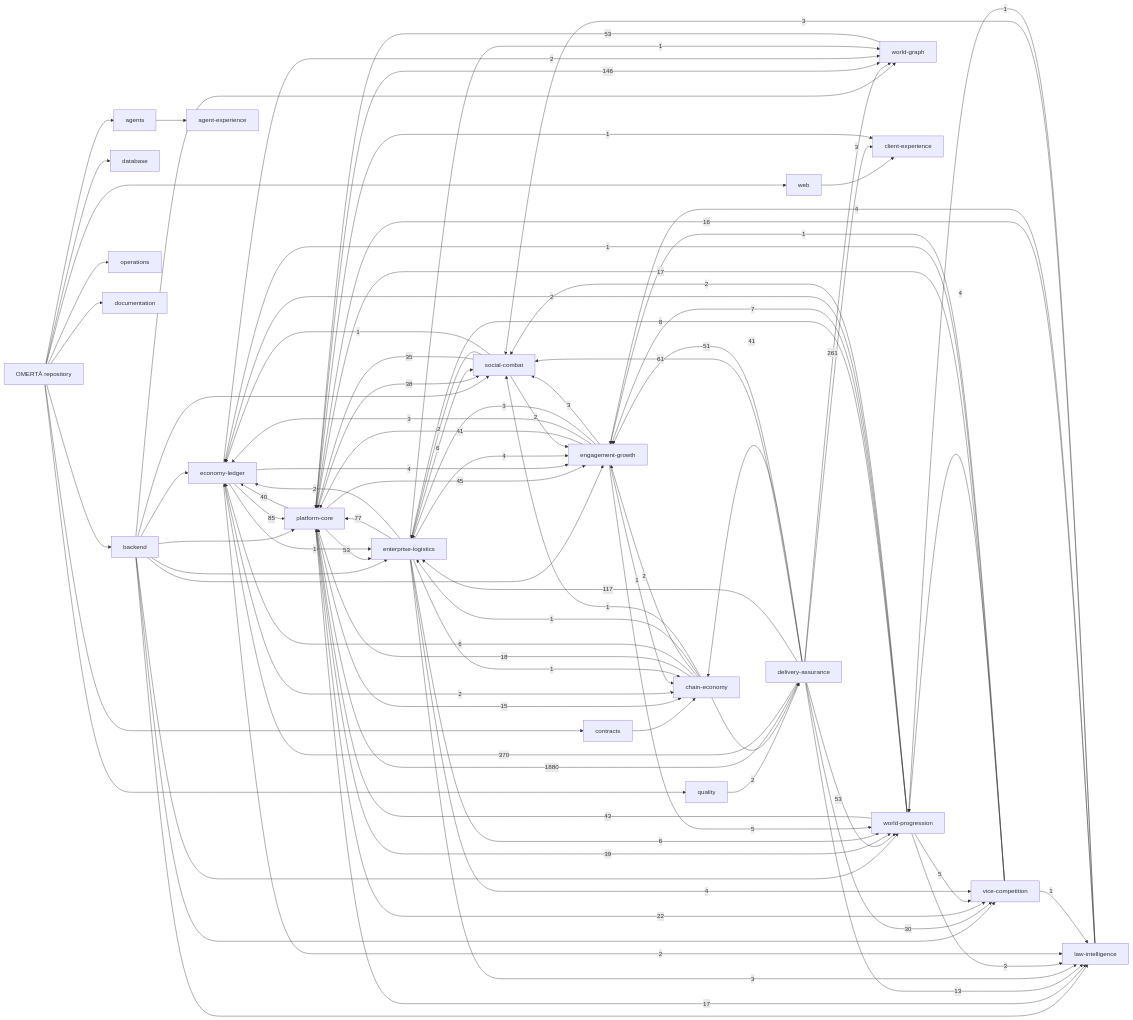
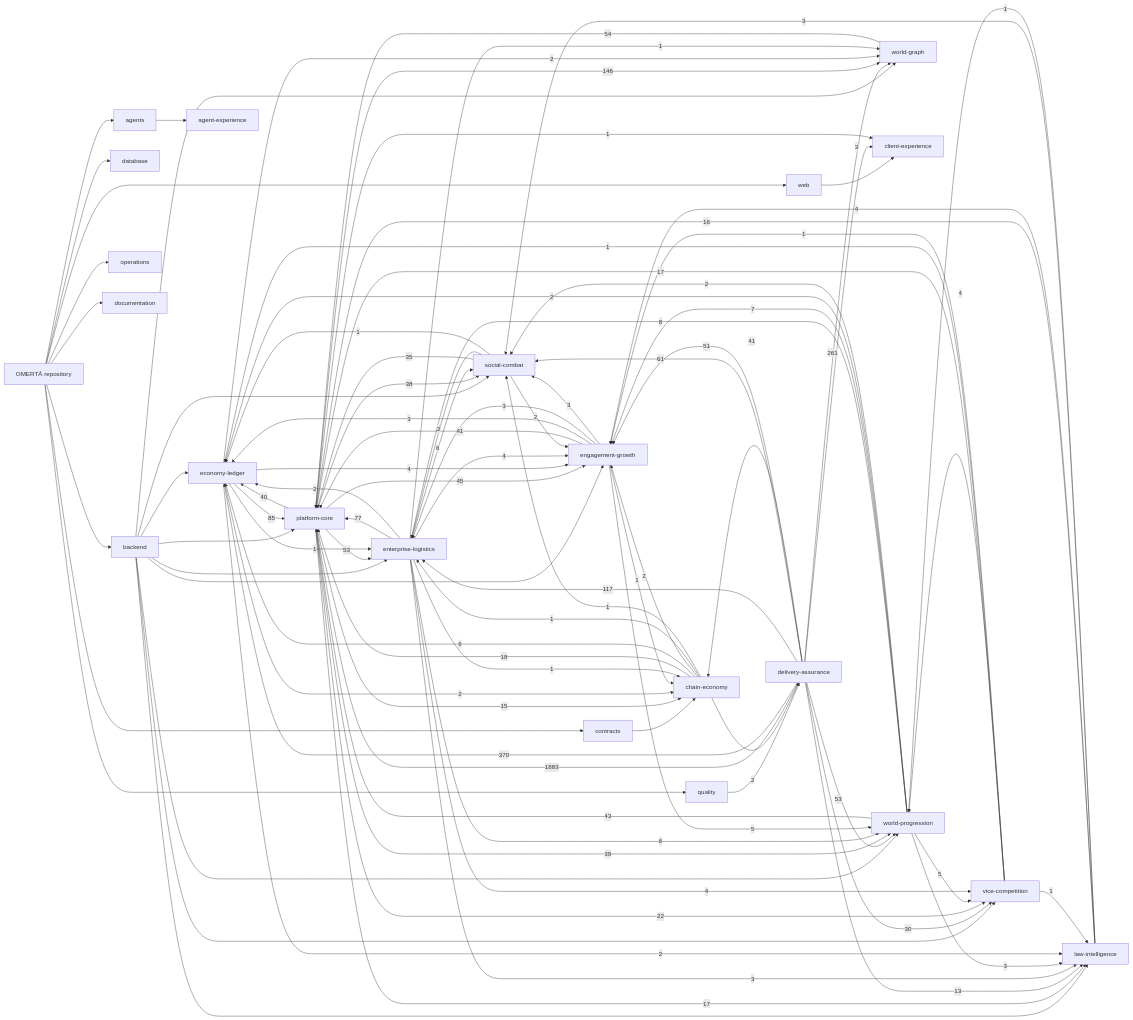
The diagram in knowledge/generated/graph.mmd (OmertaDev/Omerta), drawn with Mermaid before and after one commit. The commit also changed 6 other files, not shown here.

```diff
--- a/knowledge/generated/graph.mmd
+++ b/knowledge/generated/graph.mmd
@@ -1,113 +1,113 @@
 flowchart LR
   repo["OMERTÀ repository"]
   sub_backend["backend"]
   repo --> sub_backend
   sub_database["database"]
   repo --> sub_database
   sub_web["web"]
   repo --> sub_web
   sub_contracts["contracts"]
   repo --> sub_contracts
   sub_agents["agents"]
   repo --> sub_agents
   sub_quality["quality"]
   repo --> sub_quality
   sub_operations["operations"]
   repo --> sub_operations
   sub_documentation["documentation"]
   repo --> sub_documentation
   dom_platform-core["platform-core"]
   dom_economy-ledger["economy-ledger"]
   dom_social-combat["social-combat"]
   dom_world-progression["world-progression"]
   dom_world-graph["world-graph"]
   dom_enterprise-logistics["enterprise-logistics"]
   dom_vice-competition["vice-competition"]
   dom_law-intelligence["law-intelligence"]
   dom_chain-economy["chain-economy"]
   dom_engagement-growth["engagement-growth"]
   dom_client-experience["client-experience"]
   dom_agent-experience["agent-experience"]
   dom_delivery-assurance["delivery-assurance"]
   sub_agents --> dom_agent-experience
   sub_backend --> dom_economy-ledger
   sub_backend --> dom_engagement-growth
   sub_backend --> dom_enterprise-logistics
   sub_backend --> dom_law-intelligence
   sub_backend --> dom_platform-core
   sub_backend --> dom_social-combat
   sub_backend --> dom_vice-competition
   sub_backend --> dom_world-graph
   sub_backend --> dom_world-progression
   sub_contracts --> dom_chain-economy
   sub_quality --> dom_delivery-assurance
   sub_web --> dom_client-experience
-  dom_delivery-assurance -->|1880| dom_platform-core
+  dom_delivery-assurance -->|1883| dom_platform-core
   dom_delivery-assurance -->|370| dom_economy-ledger
   dom_delivery-assurance -->|261| dom_world-graph
   dom_platform-core -->|146| dom_world-graph
   dom_delivery-assurance -->|117| dom_enterprise-logistics
   dom_economy-ledger -->|85| dom_platform-core
   dom_enterprise-logistics -->|77| dom_platform-core
   dom_delivery-assurance -->|61| dom_social-combat
+  dom_world-graph -->|54| dom_platform-core
   dom_delivery-assurance -->|53| dom_world-progression
   dom_platform-core -->|53| dom_enterprise-logistics
-  dom_world-graph -->|53| dom_platform-core
   dom_delivery-assurance -->|51| dom_engagement-growth
   dom_platform-core -->|45| dom_engagement-growth
   dom_world-progression -->|43| dom_platform-core
   dom_delivery-assurance -->|41| dom_chain-economy
   dom_engagement-growth -->|41| dom_platform-core
   dom_platform-core -->|40| dom_economy-ledger
   dom_platform-core -->|39| dom_world-progression
   dom_platform-core -->|38| dom_social-combat
   dom_social-combat -->|35| dom_platform-core
   dom_delivery-assurance -->|30| dom_vice-competition
   dom_platform-core -->|22| dom_vice-competition
   dom_chain-economy -->|18| dom_platform-core
   dom_platform-core -->|17| dom_law-intelligence
   dom_vice-competition -->|17| dom_platform-core
   dom_law-intelligence -->|16| dom_platform-core
   dom_platform-core -->|15| dom_chain-economy
   dom_delivery-assurance -->|13| dom_law-intelligence
   dom_world-progression -->|8| dom_enterprise-logistics
   dom_world-progression -->|7| dom_engagement-growth
   dom_chain-economy -->|6| dom_economy-ledger
   dom_enterprise-logistics -->|6| dom_social-combat
   dom_enterprise-logistics -->|6| dom_world-progression
   dom_engagement-growth -->|5| dom_world-progression
   dom_world-progression -->|5| dom_vice-competition
   dom_economy-ledger -->|4| dom_engagement-growth
   dom_enterprise-logistics -->|4| dom_engagement-growth
   dom_enterprise-logistics -->|4| dom_vice-competition
   dom_law-intelligence -->|4| dom_engagement-growth
   dom_vice-competition -->|4| dom_world-progression
   dom_delivery-assurance -->|3| dom_client-experience
   dom_engagement-growth -->|3| dom_economy-ledger
   dom_engagement-growth -->|3| dom_enterprise-logistics
   dom_engagement-growth -->|3| dom_social-combat
   dom_enterprise-logistics -->|3| dom_law-intelligence
   dom_law-intelligence -->|3| dom_social-combat
   dom_world-progression -->|3| dom_law-intelligence
   dom_chain-economy -->|2| dom_delivery-assurance
   dom_chain-economy -->|2| dom_engagement-growth
   dom_economy-ledger -->|2| dom_chain-economy
   dom_economy-ledger -->|2| dom_law-intelligence
   dom_economy-ledger -->|2| dom_world-graph
   dom_enterprise-logistics -->|2| dom_economy-ledger
   dom_social-combat -->|2| dom_engagement-growth
   dom_social-combat -->|2| dom_enterprise-logistics
   dom_world-progression -->|2| dom_economy-ledger
   dom_world-progression -->|2| dom_social-combat
   dom_chain-economy -->|1| dom_enterprise-logistics
   dom_chain-economy -->|1| dom_social-combat
   dom_economy-ledger -->|1| dom_enterprise-logistics
   dom_engagement-growth -->|1| dom_chain-economy
   dom_enterprise-logistics -->|1| dom_chain-economy
   dom_enterprise-logistics -->|1| dom_world-graph
   dom_law-intelligence -->|1| dom_world-progression
   dom_platform-core -->|1| dom_client-experience
   dom_social-combat -->|1| dom_economy-ledger
   dom_vice-competition -->|1| dom_economy-ledger
   dom_vice-competition -->|1| dom_engagement-growth
   dom_vice-competition -->|1| dom_law-intelligence
```
